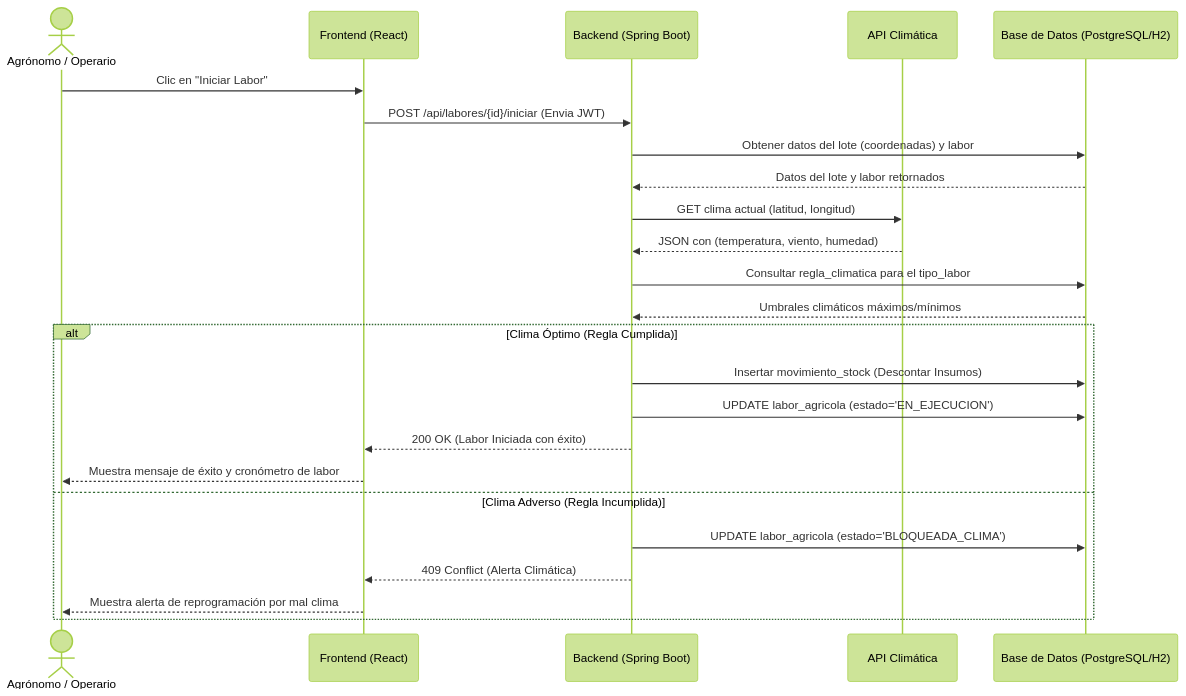
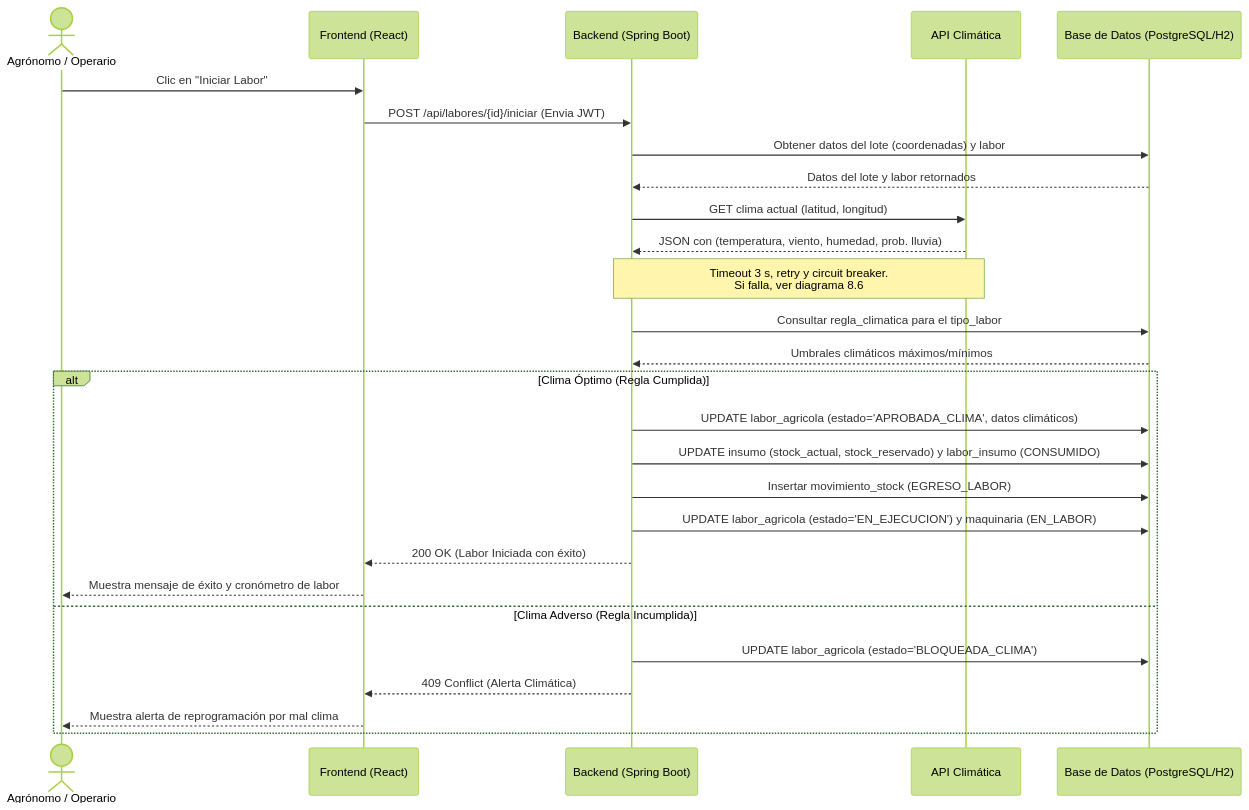
Before and after one commit to EmaRuidiaz/tupad_tfi_grupo_107: the third of 12 diagrams in docs/entrega-2/split_docs/08_diagramas_complementarios.md, drawn with Mermaid (forest theme). The commit also changed other lines of this file, not shown here.

Commit message:
diagramas de estado, clases, secuencia, actividad y despliegue

````diff
--- a/docs/entrega-2/split_docs/08_diagramas_complementarios.md
+++ b/docs/entrega-2/split_docs/08_diagramas_complementarios.md
@@ -79,31 +89,34 @@
 ```mermaid
 sequenceDiagram
     actor Agro as Agrónomo / Operario
     participant UI as Frontend (React)
     participant API as Backend (Spring Boot)
     participant Ext as API Climática
     participant DB as Base de Datos (PostgreSQL/H2)
 
     Agro->>UI: Clic en "Iniciar Labor"
     UI->>API: POST /api/labores/{id}/iniciar (Envia JWT)
     
     API->>DB: Obtener datos del lote (coordenadas) y labor
     DB-->>API: Datos del lote y labor retornados
     
     API->>Ext: GET clima actual (latitud, longitud)
-    Ext-->>API: JSON con (temperatura, viento, humedad)
+    Ext-->>API: JSON con (temperatura, viento, humedad, prob. lluvia)
+    Note over API,Ext: Timeout 3 s, retry y circuit breaker.<br/>Si falla, ver diagrama 8.6
     
     API->>DB: Consultar regla_climatica para el tipo_labor
     DB-->>API: Umbrales climáticos máximos/mínimos
     
     alt Clima Óptimo (Regla Cumplida)
-        API->>DB: Insertar movimiento_stock (Descontar Insumos)
-        API->>DB: UPDATE labor_agricola (estado='EN_EJECUCION')
+        API->>DB: UPDATE labor_agricola (estado='APROBADA_CLIMA', datos climáticos)
+        API->>DB: UPDATE insumo (stock_actual, stock_reservado) y labor_insumo (CONSUMIDO)
+        API->>DB: Insertar movimiento_stock (EGRESO_LABOR)
+        API->>DB: UPDATE labor_agricola (estado='EN_EJECUCION') y maquinaria (EN_LABOR)
         API-->>UI: 200 OK (Labor Iniciada con éxito)
         UI-->>Agro: Muestra mensaje de éxito y cronómetro de labor
     else Clima Adverso (Regla Incumplida)
         API->>DB: UPDATE labor_agricola (estado='BLOQUEADA_CLIMA')
         API-->>UI: 409 Conflict (Alerta Climática)
         UI-->>Agro: Muestra alerta de reprogramación por mal clima
     end
 ```
````
